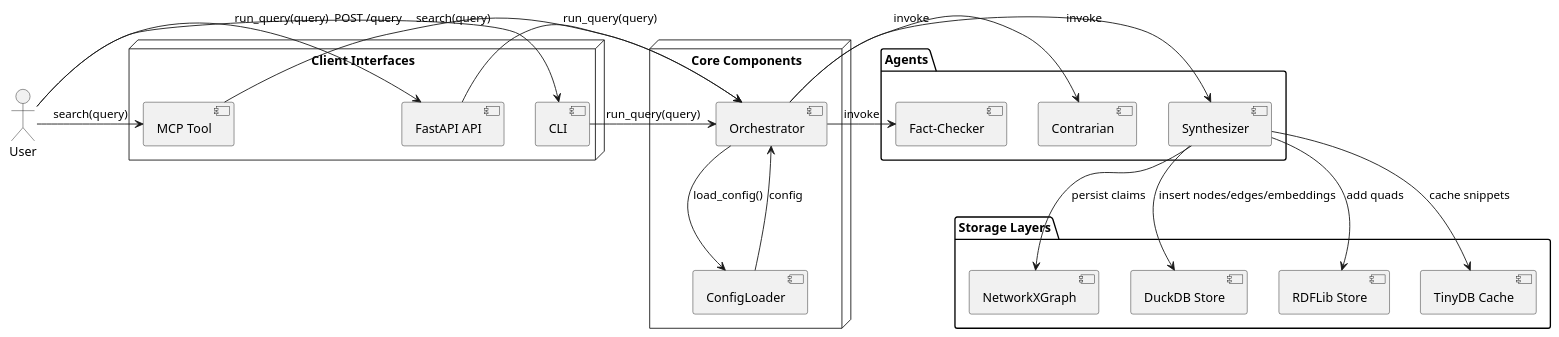
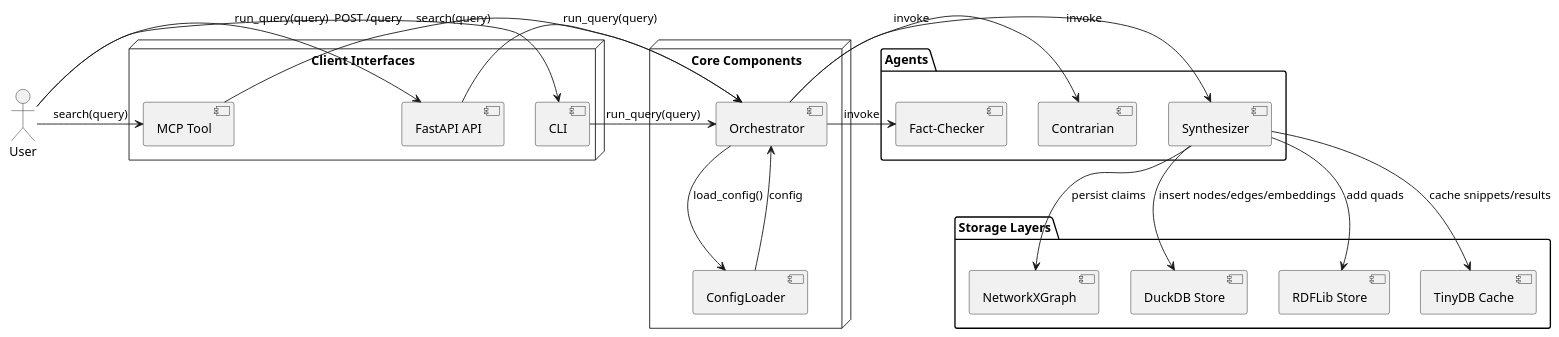
Before and after one commit to ravenoak/autoresearch: the diagram in docs/diagrams/system_architecture.puml, drawn with PlantUML. The commit also changed 6 other files, not shown here.

```diff
--- a/docs/diagrams/system_architecture.puml
+++ b/docs/diagrams/system_architecture.puml
@@ -1,48 +1,48 @@
 @startuml
 "User" as user
 
 node "Client Interfaces" {
   component "CLI" as CLI
   component "FastAPI API" as FastAPI
   component "MCP Tool" as MCP
 }
 
 node "Core Components" {
   component "Orchestrator" as Orchestrator
   component "ConfigLoader" as ConfigLoader
 }
 
 package "Agents" {
   component "Synthesizer" as Synthesizer
   component "Contrarian" as Contrarian
   component "Fact-Checker" as FactChecker
 }
 
 package "Storage Layers" {
   component "NetworkXGraph" as NX
   component "DuckDB Store" as DuckDB
   component "RDFLib Store" as RDF
   component "TinyDB Cache" as TinyDB
 }
 
 user -> CLI : search(query)
 CLI -> Orchestrator : run_query(query)
 
 user -> FastAPI : POST /query
 FastAPI -> Orchestrator : run_query(query)
 
 user -> MCP : search(query)
 MCP -> Orchestrator : run_query(query)
 
 Orchestrator -> ConfigLoader : load_config()
 ConfigLoader --> Orchestrator : config
 
 Orchestrator -> Synthesizer : invoke
 Orchestrator -> Contrarian : invoke
 Orchestrator -> FactChecker : invoke
 
 Synthesizer --> NX : persist claims
 Synthesizer --> DuckDB : insert nodes/edges/embeddings
 Synthesizer --> RDF : add quads
-Synthesizer --> TinyDB : cache snippets
+Synthesizer --> TinyDB : cache snippets/results
 @enduml
```
